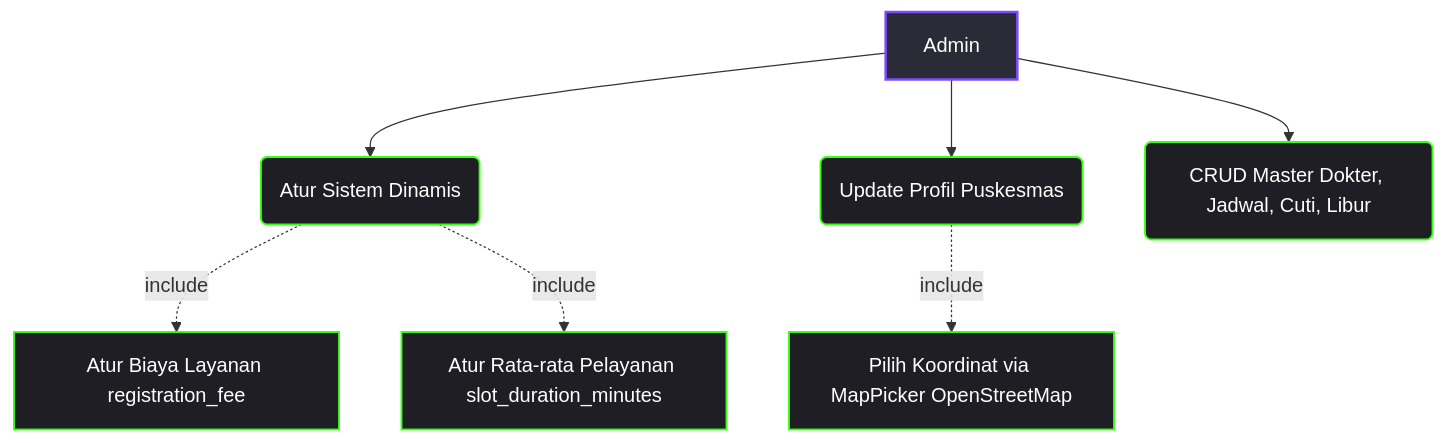
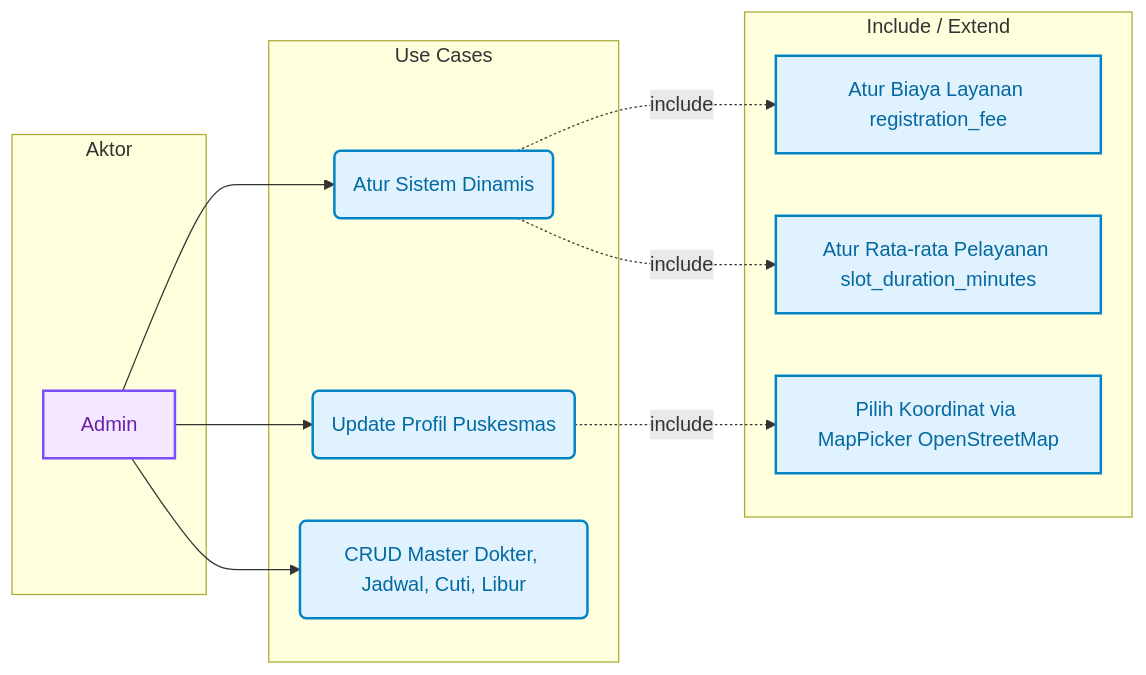
Before and after one commit to Rezi14/NalaSeva-Mobile-Test: the sixth of 6 diagrams in dokumentasi/USECASE_DIAGRAM.md, drawn with Mermaid. The commit also changed other lines of this file and 1 other file, not shown here.

````diff
--- a/dokumentasi/USECASE_DIAGRAM.md
+++ b/dokumentasi/USECASE_DIAGRAM.md
@@ -188,13 +276,31 @@
 ```mermaid
-flowchart TD
-  classDef actorStyle fill:#2a2b36,stroke:#7c4dff,stroke-width:2px,color:#fff;
-  classDef usecaseStyle fill:#1e1e24,stroke:#39ff14,stroke-width:1.5px,color:#fff;
+flowchart LR
+  classDef actorStyle fill:#f3e8ff,stroke:#7c4dff,stroke-width:2px,color:#6b21a8;
+  classDef usecaseStyle fill:#e0f2fe,stroke:#0284c7,stroke-width:2px,color:#0369a1;
 
-  Admin[Admin]:::actorStyle --> UC_Settings(Atur Sistem Dinamis):::usecaseStyle
-  Admin --> UC_PuskProfile(Update Profil Puskesmas):::usecaseStyle
-  Admin --> UC_Master(CRUD Master Dokter, Jadwal, Cuti, Libur):::usecaseStyle
+  subgraph Actors [Aktor]
+    Admin[Admin]:::actorStyle
+  end
 
-  UC_Settings -.->|include| UC_RegFee[Atur Biaya Layanan registration_fee]:::usecaseStyle
-  UC_Settings -.->|include| UC_SlotTime[Atur Rata-rata Pelayanan slot_duration_minutes]:::usecaseStyle
-  UC_PuskProfile -.->|include| UC_OSM[Pilih Koordinat via MapPicker OpenStreetMap]:::usecaseStyle
+  subgraph UseCases [Use Cases]
+    UC_Settings(Atur Sistem Dinamis):::usecaseStyle
+    UC_PuskProfile(Update Profil Puskesmas):::usecaseStyle
+    UC_Master(CRUD Master Dokter, Jadwal, Cuti, Libur):::usecaseStyle
+  end
+
+  subgraph Details [Include / Extend]
+    UC_RegFee[Atur Biaya Layanan registration_fee]:::usecaseStyle
+    UC_SlotTime[Atur Rata-rata Pelayanan slot_duration_minutes]:::usecaseStyle
+    UC_OSM[Pilih Koordinat via MapPicker OpenStreetMap]:::usecaseStyle
+  end
+
+  %% Actor Connections
+  Admin --> UC_Settings
+  Admin --> UC_PuskProfile
+  Admin --> UC_Master
+
+  %% Relations
+  UC_Settings -.->|include| UC_RegFee
+  UC_Settings -.->|include| UC_SlotTime
+  UC_PuskProfile -.->|include| UC_OSM
 ```
````
